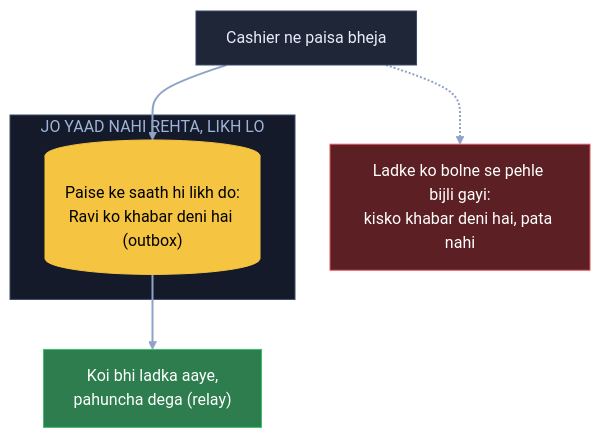
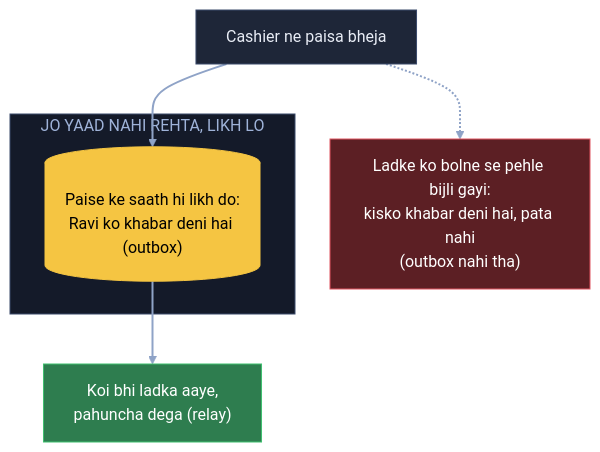
One commit to ArpanMaheshwari144/Prep changed the fifth of 22 diagrams in 04_HLD/SYSTEM_DESIGNS/13_banking_system/13_banking_system.md. Above: the diagram before and after it, drawn with Mermaid (base theme). The commit also changed other lines of this file and 20 other files, not shown here.

Commit message:
HLD main files: diagram me kahani shabd + bracket me asli naam (21 design, 182 label)

````diff
--- a/04_HLD/SYSTEM_DESIGNS/13_banking_system/13_banking_system.md
+++ b/04_HLD/SYSTEM_DESIGNS/13_banking_system/13_banking_system.md
@@ -226,18 +226,18 @@
 ```mermaid
 flowchart TB
     C["Cashier ne paisa bheja"]:::card
-    X["Ladke ko bolne se pehle bijli gayi:<br/>kisko khabar deni hai, pata nahi"]:::bad
+    X["Ladke ko bolne se pehle bijli gayi:<br/>kisko khabar deni hai, pata nahi<br/>(outbox nahi tha)"]:::bad
     subgraph LK["JO YAAD NAHI REHTA, LIKH LO"]
         O[("Paise ke saath hi likh do:<br/>Ravi ko khabar deni hai (outbox)")]:::pill
     end
     L["Koi bhi ladka aaye,<br/>pahuncha dega (relay)"]:::good
     C --> O
     C -.-> X
     O --> L
     linkStyle default stroke:#8fa3c7,stroke-width:2px
     classDef card fill:#1e2638,stroke:#3a4a6b,color:#e8ecf5
     classDef pill fill:#f5c542,stroke:#f5c542,color:#000
     classDef good fill:#2e7d4f,stroke:#3fbf6f,color:#fff
     classDef bad fill:#5c1f24,stroke:#e05561,color:#fff
     style LK fill:#141a29,stroke:#3a4a6b,color:#9fb3d9
 ```
````
